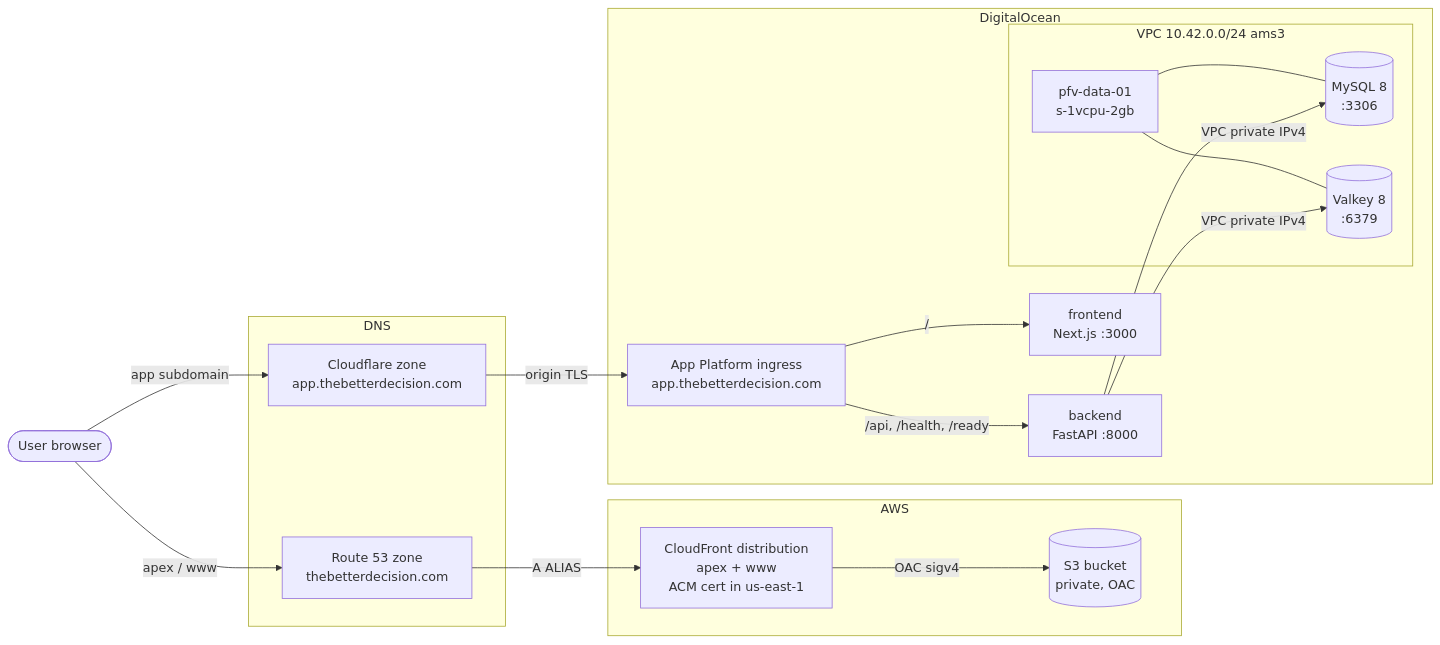
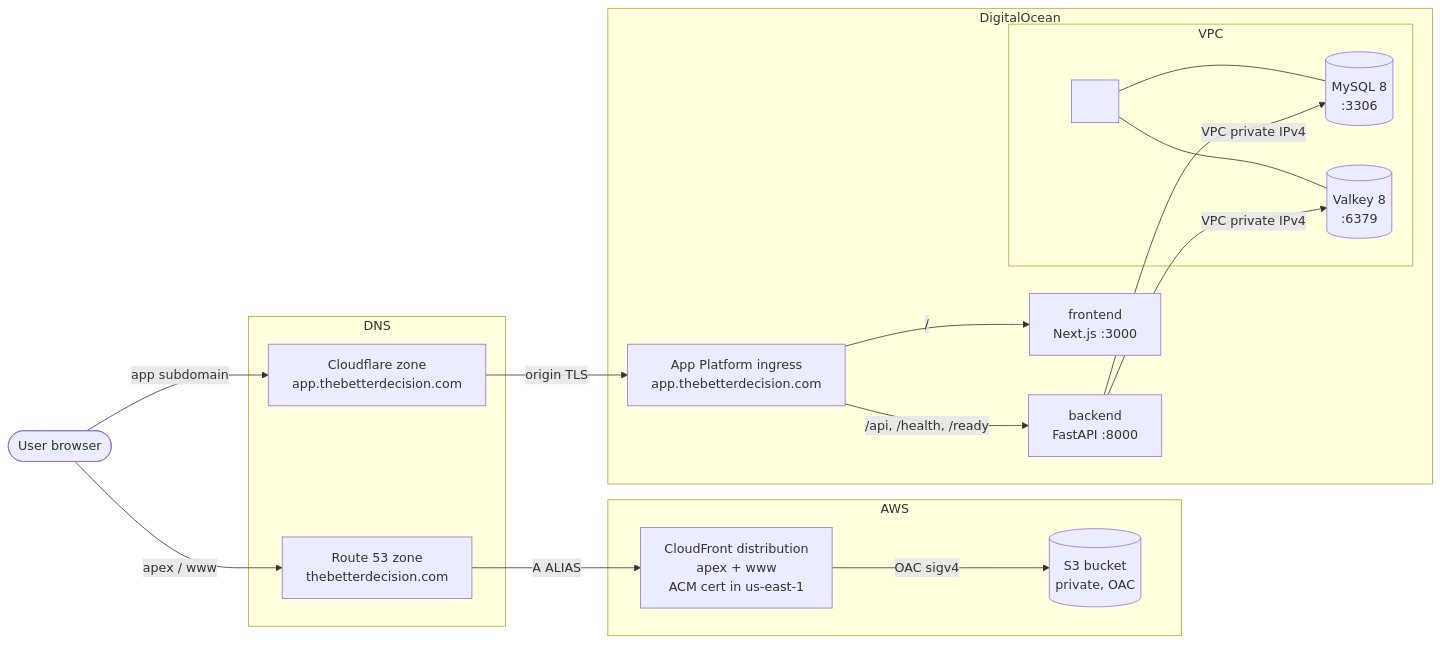
The first of 2 diagrams in infra/README.md (fjcloudaiconsulting/tbd), drawn with Mermaid before and after one commit. The commit also changed other lines of this file and 9 other files, not shown here.

````diff
--- a/infra/README.md
+++ b/infra/README.md
@@ -22,37 +34,37 @@
 ```mermaid
 flowchart LR
     user([User browser])
 
     subgraph dns[DNS]
         r53[Route 53 zone<br/>thebetterdecision.com]
         cf_dns[Cloudflare zone<br/>app.thebetterdecision.com]
     end
 
     subgraph aws[AWS]
         cfd[CloudFront distribution<br/>apex + www<br/>ACM cert in us-east-1]
         s3[(S3 bucket<br/>private, OAC)]
     end
 
     subgraph do[DigitalOcean]
         ing[App Platform ingress<br/>app.thebetterdecision.com]
         fe[frontend<br/>Next.js :3000]
         be[backend<br/>FastAPI :8000]
-        subgraph vpc[VPC 10.42.0.0/24 ams3]
-            droplet[pfv-data-01<br/>s-1vcpu-2gb]
+        subgraph vpc[VPC <vpc-cidr> <region>]
+            droplet[<data-droplet><br/><droplet-size>]
             mysql[(MySQL 8<br/>:3306)]
             valkey[(Valkey 8<br/>:6379)]
             droplet --- mysql
             droplet --- valkey
         end
     end
 
     user -->|apex / www| r53
     user -->|app subdomain| cf_dns
     r53 -->|A ALIAS| cfd
     cfd -->|OAC sigv4| s3
     cf_dns -->|origin TLS| ing
     ing -->|/api, /health, /ready| be
     ing -->|/| fe
     be -->|VPC private IPv4| mysql
     be -->|VPC private IPv4| valkey
 ```
````
